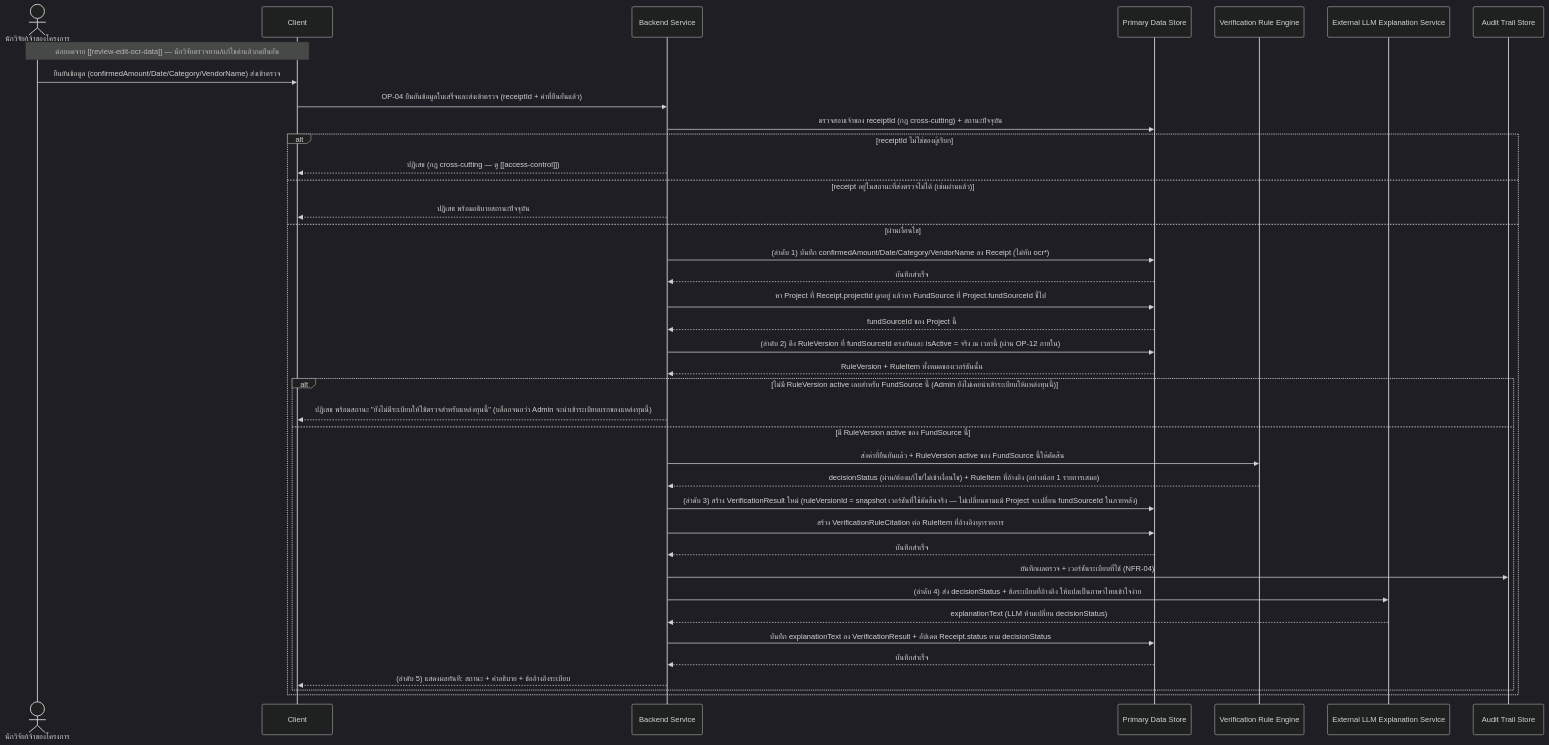
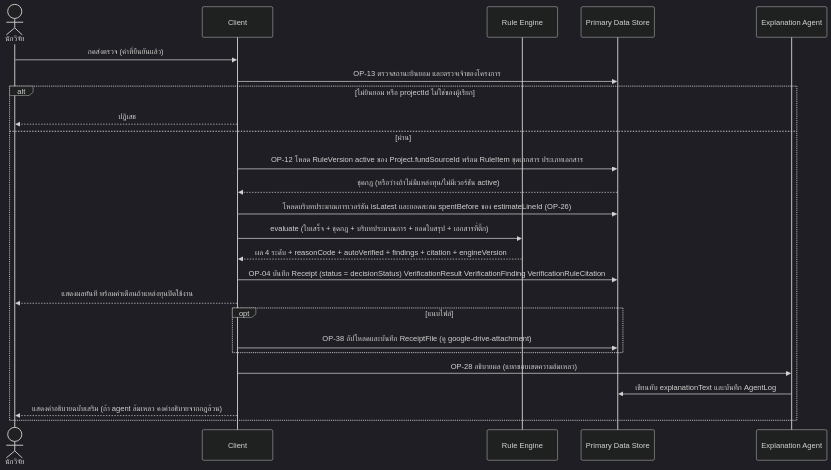
Before and after one commit to ptrsswnr/Grant-Receipt-Assistant: the first of 4 diagrams in docs/02-design/02-technical/detailed-design/rule-engine-verification.md, drawn with Mermaid (dark theme). The commit also changed other lines of this file and 27 other files, not shown here.

````diff
--- a/docs/02-design/02-technical/detailed-design/rule-engine-verification.md
+++ b/docs/02-design/02-technical/detailed-design/rule-engine-verification.md
@@ -36,42 +31,28 @@
 ```mermaid
 sequenceDiagram
-    actor R as นักวิจัย/เจ้าของโครงการ
+    actor R as นักวิจัย
     participant C as Client
-    participant B as Backend Service
+    participant RE as Rule Engine
     participant DS as Primary Data Store
-    participant RE as Verification Rule Engine
-    participant L as External LLM Explanation Service
-    participant AT as Audit Trail Store
+    participant EA as Explanation Agent
 
-    Note over R,C: ต่อยอดจาก [[review-edit-ocr-data]] — นักวิจัยตรวจทาน/แก้ไขค่าแล้วกดยืนยัน
-    R->>C: ยืนยันข้อมูล (confirmedAmount/Date/Category/VendorName) ส่งเข้าตรวจ
-    C->>B: OP-04 ยืนยันข้อมูลใบเสร็จและส่งเข้าตรวจ (receiptId + ค่าที่ยืนยันแล้ว)
-    B->>DS: ตรวจสอบเจ้าของ receiptId (กฎ cross-cutting) + สถานะปัจจุบัน
-    alt receiptId ไม่ใช่ของผู้เรียก
-        B-->>C: ปฏิเสธ (กฎ cross-cutting — ดู [[access-control]])
-    else receipt อยู่ในสถานะที่ส่งตรวจไม่ได้ (เช่นผ่านแล้ว)
-        B-->>C: ปฏิเสธ พร้อมอธิบายสถานะปัจจุบัน
-    else ผ่านเงื่อนไข
-        B->>DS: (ลำดับ 1) บันทึก confirmedAmount/Date/Category/VendorName ลง Receipt (ไม่ทับ ocr*)
-        DS-->>B: บันทึกสำเร็จ
-        B->>DS: หา Project ที่ Receipt.projectId ผูกอยู่ แล้วหา FundSource ที่ Project.fundSourceId ชี้ไป
-        DS-->>B: fundSourceId ของ Project นี้
-        B->>DS: (ลำดับ 2) ดึง RuleVersion ที่ fundSourceId ตรงกันและ isActive = จริง ณ เวลานี้ (ผ่าน OP-12 ภายใน)
-        DS-->>B: RuleVersion + RuleItem ทั้งหมดของเวอร์ชันนั้น
-        alt ไม่มี RuleVersion active เลยสำหรับ FundSource นี้ (Admin ยังไม่เคยนำเข้าระเบียบให้แหล่งทุนนี้)
-            B-->>C: ปฏิเสธ พร้อมสถานะ "ยังไม่มีระเบียบให้ใช้ตรวจสำหรับแหล่งทุนนี้" (บล็อกจนกว่า Admin จะนำเข้าระเบียบแรกของแหล่งทุนนี้)
-        else มี RuleVersion active ของ FundSource นี้
-            B->>RE: ส่งค่าที่ยืนยันแล้ว + RuleVersion active ของ FundSource นี้ให้ตัดสิน
-            RE-->>B: decisionStatus (ผ่าน/ต้องแก้ไข/ไม่เข้าเงื่อนไข) + RuleItem ที่อ้างอิง (อย่างน้อย 1 รายการเสมอ)
-            B->>DS: (ลำดับ 3) สร้าง VerificationResult ใหม่ (ruleVersionId = snapshot เวอร์ชันที่ใช้ตัดสินจริง — ไม่เปลี่ยนตามแม้ Project จะเปลี่ยน fundSourceId ในภายหลัง)
-            B->>DS: สร้าง VerificationRuleCitation ต่อ RuleItem ที่อ้างอิงทุกรายการ
-            DS-->>B: บันทึกสำเร็จ
-            B->>AT: บันทึกผลตรวจ + เวอร์ชันระเบียบที่ใช้ (NFR-04)
-            B->>L: (ลำดับ 4) ส่ง decisionStatus + ข้อระเบียบที่อ้างอิง ให้แปลเป็นภาษาไทยเข้าใจง่าย
-            L-->>B: explanationText (LLM ห้ามเปลี่ยน decisionStatus)
-            B->>DS: บันทึก explanationText ลง VerificationResult + อัปเดต Receipt.status ตาม decisionStatus
-            DS-->>B: บันทึกสำเร็จ
-            B-->>C: (ลำดับ 5) แสดงผลทันที: สถานะ + คำอธิบาย + ข้ออ้างอิงระเบียบ
+    R->>C: กดส่งตรวจ (ค่าที่ยืนยันแล้ว)
+    C->>DS: OP-13 ตรวจสถานะยินยอม และตรวจเจ้าของโครงการ
+    alt ไม่ยินยอม หรือ projectId ไม่ใช่ของผู้เรียก
+        C-->>R: ปฏิเสธ
+    else ผ่าน
+        C->>DS: OP-12 โหลด RuleVersion active ของ Project.fundSourceId พร้อม RuleItem ชุดเอกสาร ประเภทเอกสาร
+        DS-->>C: ชุดกฎ (หรือว่างถ้าไม่มีแหล่งทุน/ไม่มีเวอร์ชัน active)
+        C->>DS: โหลดบริบทประมาณการเวอร์ชัน isLatest และยอดสะสม spentBefore ของ estimateLineId (OP-26)
+        C->>RE: evaluate (ใบเสร็จ + ชุดกฎ + บริบทประมาณการ + ยอดใบสรุป + เอกสารที่ติ๊ก)
+        RE-->>C: ผล 4 ระดับ + reasonCode + autoVerified + findings + citation + engineVersion
+        C->>DS: OP-04 บันทึก Receipt (status = decisionStatus) VerificationResult VerificationFinding VerificationRuleCitation
+        C-->>R: แสดงผลทันที พร้อมคำเตือนถ้าแหล่งทุนปิดใช้งาน
+        opt แนบไฟล์
+            C->>DS: OP-38 อัปโหลดและบันทึก ReceiptFile (ดู google-drive-attachment)
         end
+        C->>EA: OP-28 อธิบายผล (แยกขอบเขตความล้มเหลว)
+        EA->>DS: เขียนทับ explanationText และบันทึก AgentLog
+        C-->>R: แสดงคำอธิบายฉบับเสริม (ถ้า agent ล้มเหลว คงคำอธิบายจากกฎล้วน)
     end
 ```
````
